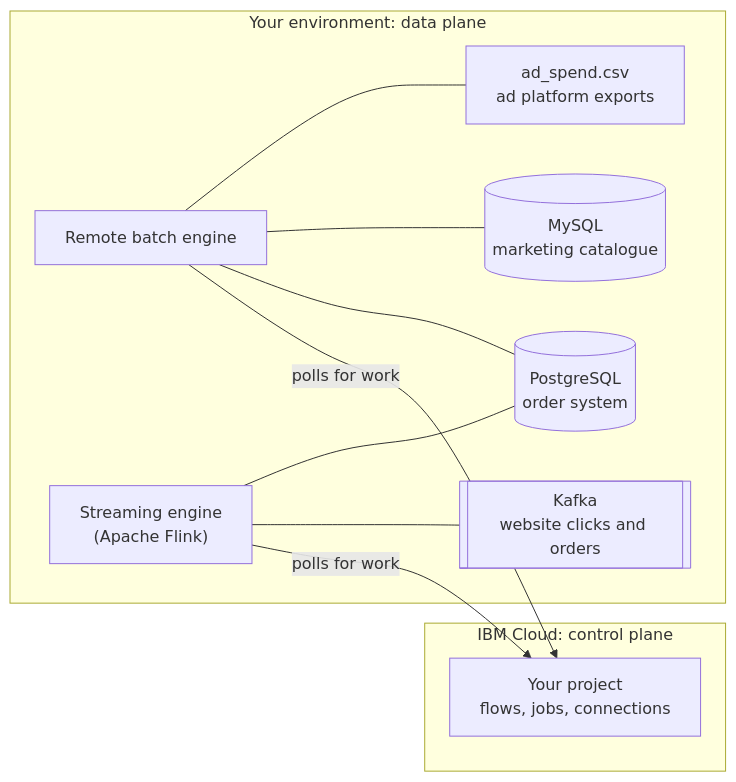
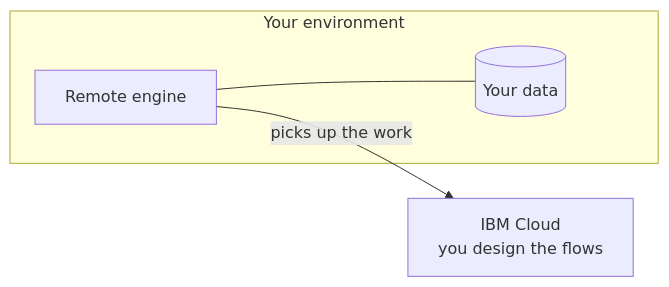
One commit to aminabougallala/singleclick_demodeployer changed the diagram in docs/labs/remote-engines-lab.md. Above: the diagram before and after it, drawn with Mermaid. The commit also changed other lines of this file, not shown here.

Commit message:
LAB-3106: simpler engine diagram; review-only steps say so

````diff
--- a/docs/labs/remote-engines-lab.md
+++ b/docs/labs/remote-engines-lab.md
@@ -90,21 +90,8 @@
 ```mermaid
 flowchart LR
-  subgraph IBM["IBM Cloud: control plane"]
-    P["Your project<br/>flows, jobs, connections"]
+  C["IBM Cloud<br/>you design the flows"]
+  subgraph E["Your environment"]
+    R["Remote engine"] --- D[("Your data")]
   end
-  subgraph YOU["Your environment: data plane"]
-    BE["Remote batch engine"]
-    SE["Streaming engine<br/>(Apache Flink)"]
-    PG[("PostgreSQL<br/>order system")]
-    MY[("MySQL<br/>marketing catalogue")]
-    CSV["ad_spend.csv<br/>ad platform exports"]
-    K[["Kafka<br/>website clicks and orders"]]
-  end
-  BE -- polls for work --> P
-  SE -- polls for work --> P
-  BE --- PG
-  BE --- MY
-  BE --- CSV
-  SE --- K
-  SE --- PG
+  R -- "picks up the work" --> C
 ```
````
